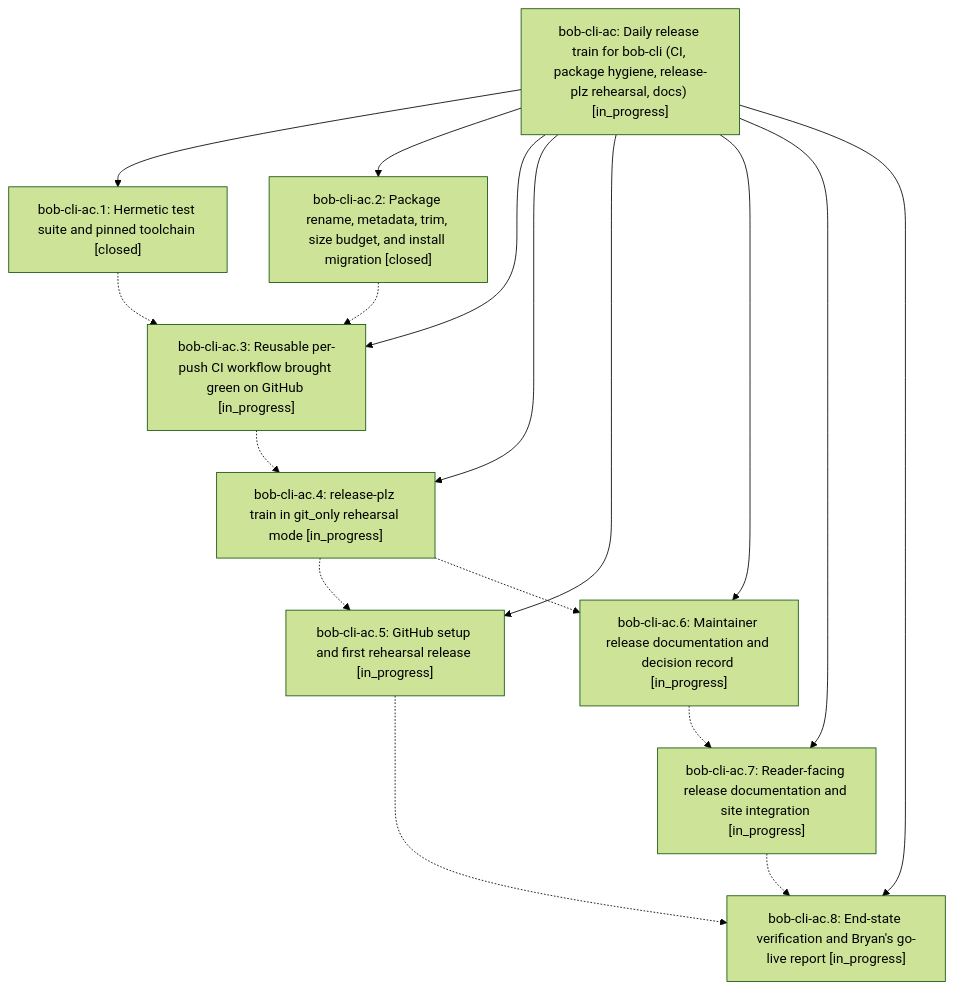
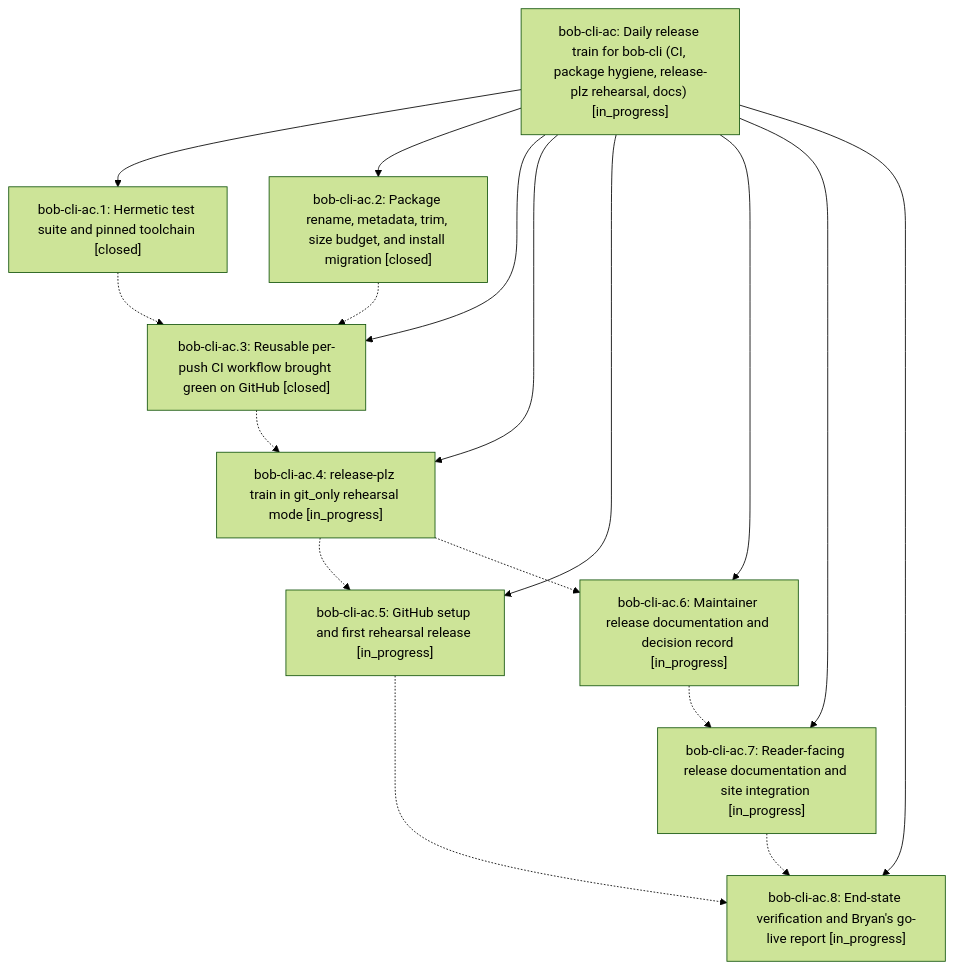
The diagram in pages/bob-cli-ac/README.md (bobs-org/bob-cli--beads), drawn with Mermaid (forest theme) before and after one commit. The commit also changed other lines of this file and 4 other files, not shown here.

First line of the commit message:
chore(beads): sync bead state and pages for bob-cli-ac

````diff
--- a/pages/bob-cli-ac/README.md
+++ b/pages/bob-cli-ac/README.md
@@ -29,28 +43,28 @@
 ```mermaid
 flowchart TD
     n0["bob-cli-ac: Daily release train for bob-cli (CI, package hygiene, release-plz rehearsal, docs) [in_progress]"]
     n1["bob-cli-ac.1: Hermetic test suite and pinned toolchain [closed]"]
     n2["bob-cli-ac.2: Package rename, metadata, trim, size budget, and install migration [closed]"]
-    n3["bob-cli-ac.3: Reusable per-push CI workflow brought green on GitHub [in_progress]"]
+    n3["bob-cli-ac.3: Reusable per-push CI workflow brought green on GitHub [closed]"]
     n4["bob-cli-ac.4: release-plz train in git_only rehearsal mode [in_progress]"]
     n5["bob-cli-ac.5: GitHub setup and first rehearsal release [in_progress]"]
     n6["bob-cli-ac.6: Maintainer release documentation and decision record [in_progress]"]
     n7["bob-cli-ac.7: Reader-facing release documentation and site integration [in_progress]"]
     n8["bob-cli-ac.8: End-state verification and Bryan's go-live report [in_progress]"]
     n0 --> n1
     n0 --> n2
     n0 --> n3
     n0 --> n4
     n0 --> n5
     n0 --> n6
     n0 --> n7
     n0 --> n8
     n1 -.-> n3
     n2 -.-> n3
     n3 -.-> n4
     n4 -.-> n5
     n4 -.-> n6
     n5 -.-> n8
     n6 -.-> n7
     n7 -.-> n8
 ```
````
